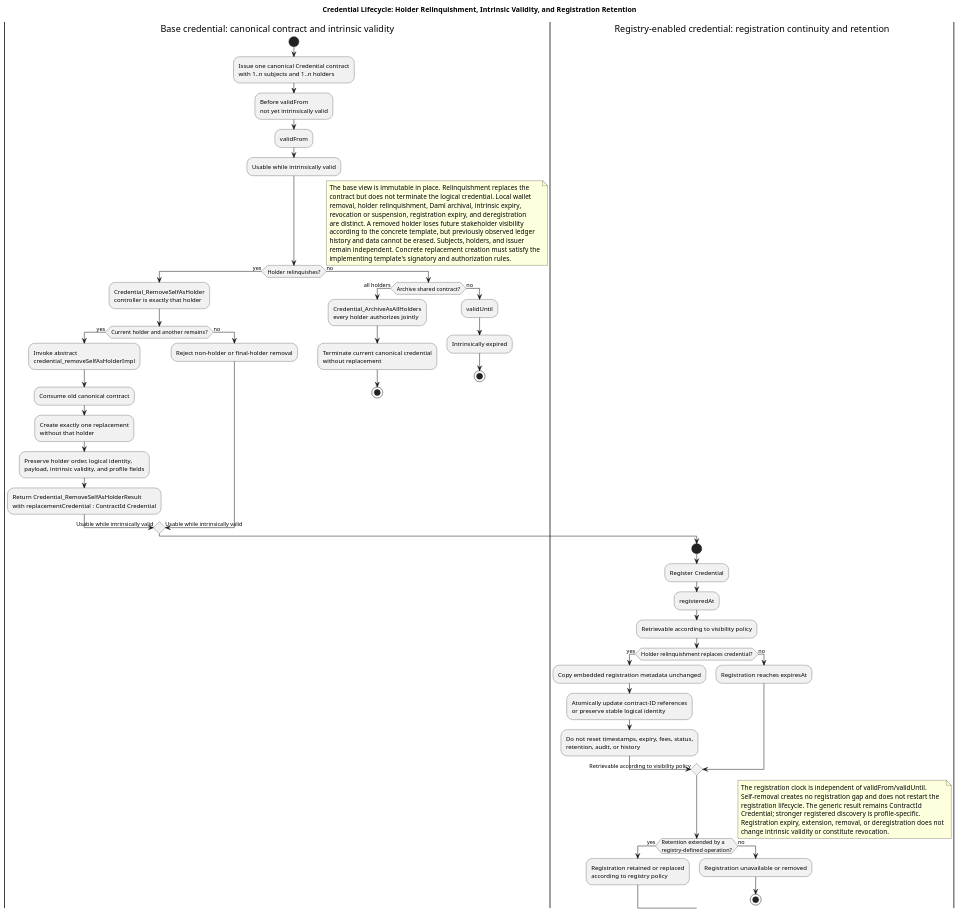
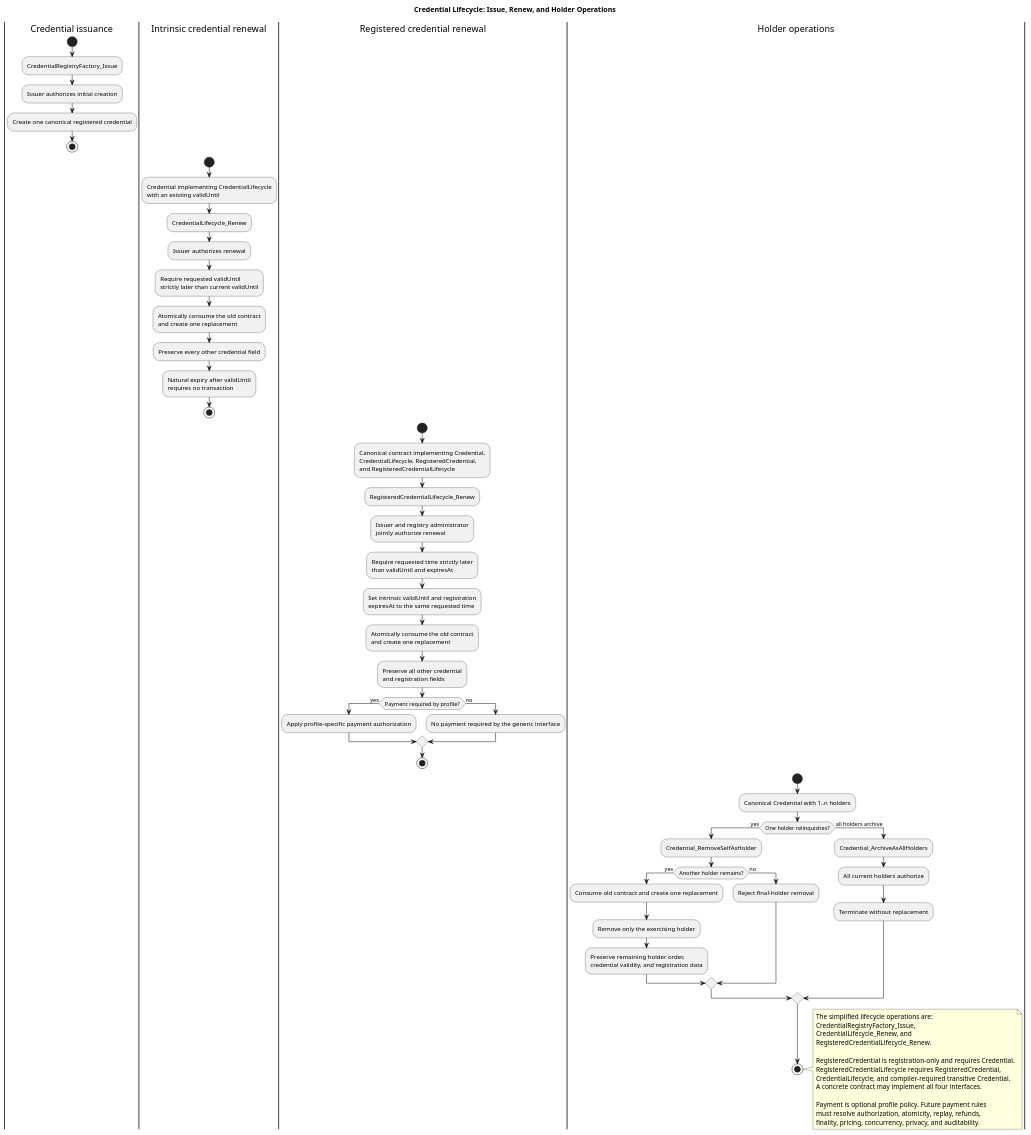
The diagram in cn-credentials-standard/images/credentials-lifecycle.puml (unlockitio/cips), drawn with PlantUML before and after one commit. The commit also changed 84 other files, not shown here.

Commit message:
Separate registered credential lifecycle renewal

```diff
--- a/cn-credentials-standard/images/credentials-lifecycle.puml
+++ b/cn-credentials-standard/images/credentials-lifecycle.puml
@@ -1,77 +1,85 @@
 @startuml credentials-lifecycle
-title Credential Lifecycle: Holder Relinquishment, Intrinsic Validity, and Registration Retention
+title Credential Lifecycle: Issue, Renew, and Holder Operations
 
-|Base credential: canonical contract and intrinsic validity|
+|Credential issuance|
 start
-:Issue one canonical Credential contract\nwith 1..n subjects and 1..n holders;
-:Before validFrom\nnot yet intrinsically valid;
-:validFrom;
-:Usable while intrinsically valid;
-if (Holder relinquishes?) then (yes)
-  :Credential_RemoveSelfAsHolder\ncontroller is exactly that holder;
-  if (Current holder and another remains?) then (yes)
-    :Invoke abstract\ncredential_removeSelfAsHolderImpl;
-    :Consume old canonical contract;
-    :Create exactly one replacement\nwithout that holder;
-    :Preserve holder order, logical identity,\npayload, intrinsic validity, and profile fields;
-    :Return Credential_RemoveSelfAsHolderResult\nwith replacementCredential : ContractId Credential;
-    -> Usable while intrinsically valid;
+:CredentialRegistryFactory_Issue;
+:Issuer authorizes initial creation;
+:Create one canonical registered credential;
+stop
+
+|Intrinsic credential renewal|
+start
+:Credential implementing CredentialLifecycle
+with an existing validUntil;
+:CredentialLifecycle_Renew;
+:Issuer authorizes renewal;
+:Require requested validUntil
+strictly later than current validUntil;
+:Atomically consume the old contract
+and create one replacement;
+:Preserve every other credential field;
+:Natural expiry after validUntil
+requires no transaction;
+stop
+
+|Registered credential renewal|
+start
+:Canonical contract implementing Credential,
+CredentialLifecycle, RegisteredCredential,
+and RegisteredCredentialLifecycle;
+:RegisteredCredentialLifecycle_Renew;
+:Issuer and registry administrator
+jointly authorize renewal;
+:Require requested time strictly later
+than validUntil and expiresAt;
+:Set intrinsic validUntil and registration
+expiresAt to the same requested time;
+:Atomically consume the old contract
+and create one replacement;
+:Preserve all other credential
+and registration fields;
+if (Payment required by profile?) then (yes)
+  :Apply profile-specific payment authorization;
+else (no)
+  :No payment required by the generic interface;
+endif
+stop
+
+|Holder operations|
+start
+:Canonical Credential with 1..n holders;
+if (One holder relinquishes?) then (yes)
+  :Credential_RemoveSelfAsHolder;
+  if (Another holder remains?) then (yes)
+    :Consume old contract and create one replacement;
+    :Remove only the exercising holder;
+    :Preserve remaining holder order,
+credential validity, and registration data;
   else (no)
-    :Reject non-holder or final-holder removal;
-    -> Usable while intrinsically valid;
+    :Reject final-holder removal;
   endif
-else (no)
-  if (Archive shared contract?) then (all holders)
-    :Credential_ArchiveAsAllHolders\nevery holder authorizes jointly;
-    :Terminate current canonical credential\nwithout replacement;
-    stop
-  else (no)
-    :validUntil;
-    :Intrinsically expired;
-    stop
-  endif
+else (all holders archive)
+  :Credential_ArchiveAsAllHolders;
+  :All current holders authorize;
+  :Terminate without replacement;
 endif
+stop
 
 note right
-The base view is immutable in place. Relinquishment replaces the
-contract but does not terminate the logical credential. Local wallet
-removal, holder relinquishment, Daml archival, intrinsic expiry,
-revocation or suspension, registration expiry, and deregistration
-are distinct. A removed holder loses future stakeholder visibility
-according to the concrete template, but previously observed ledger
-history and data cannot be erased. Subjects, holders, and issuer
-remain independent. Concrete replacement creation must satisfy the
-implementing template's signatory and authorization rules.
-end note
+The simplified lifecycle operations are:
+CredentialRegistryFactory_Issue,
+CredentialLifecycle_Renew, and
+RegisteredCredentialLifecycle_Renew.
 
-|Registry-enabled credential: registration continuity and retention|
-start
-:Register Credential;
-:registeredAt;
-:Retrievable according to visibility policy;
-if (Holder relinquishment replaces credential?) then (yes)
-  :Copy embedded registration metadata unchanged;
-  :Atomically update contract-ID references\nor preserve stable logical identity;
-  :Do not reset timestamps, expiry, fees, status,\nretention, audit, or history;
-  -> Retrievable according to visibility policy;
-else (no)
-  :Registration reaches expiresAt;
-endif
-if (Retention extended by a\nregistry-defined operation?) then (yes)
-  :Registration retained or replaced\naccording to registry policy;
-  -> Retrievable according to visibility policy;
-else (no)
-  :Registration unavailable or removed;
-  stop
-endif
+RegisteredCredential is registration-only and requires Credential.
+RegisteredCredentialLifecycle requires RegisteredCredential,
+CredentialLifecycle, and compiler-required transitive Credential.
+A concrete contract may implement all four interfaces.
 
-note right
-The registration clock is independent of validFrom/validUntil.
-Self-removal creates no registration gap and does not restart the
-registration lifecycle. The generic result remains ContractId
-Credential; stronger registered discovery is profile-specific.
-Registration expiry, extension, removal, or deregistration does not
-change intrinsic validity or constitute revocation.
+Payment is optional profile policy. Future payment rules
+must resolve authorization, atomicity, replay, refunds,
+finality, pricing, concurrency, privacy, and auditability.
 end note
 
 @enduml
```
